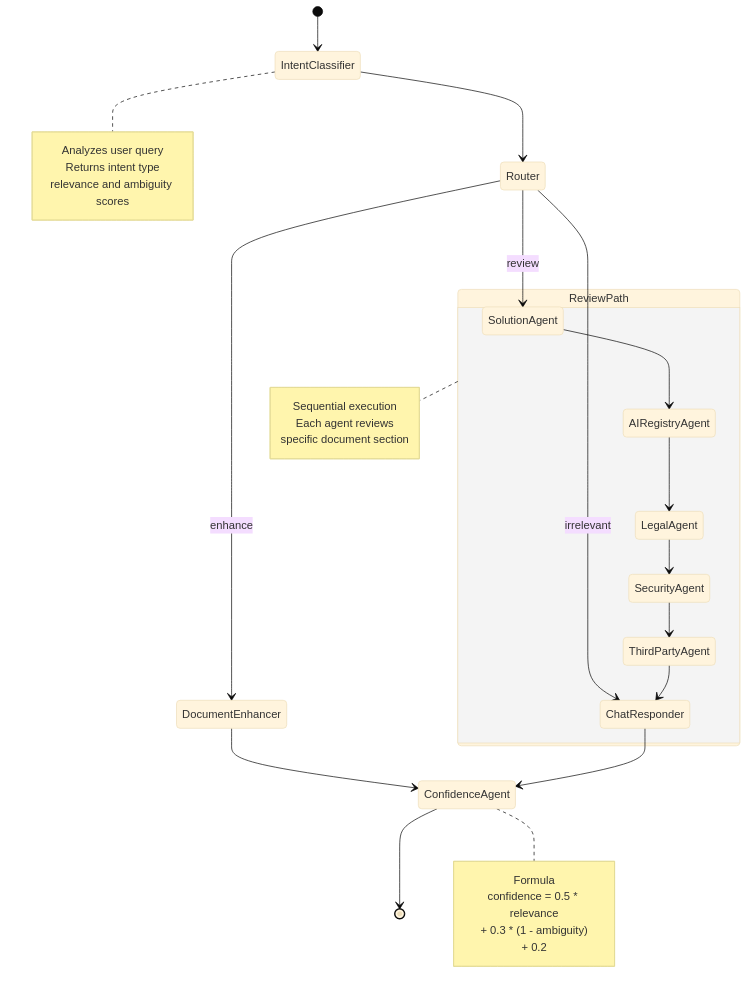
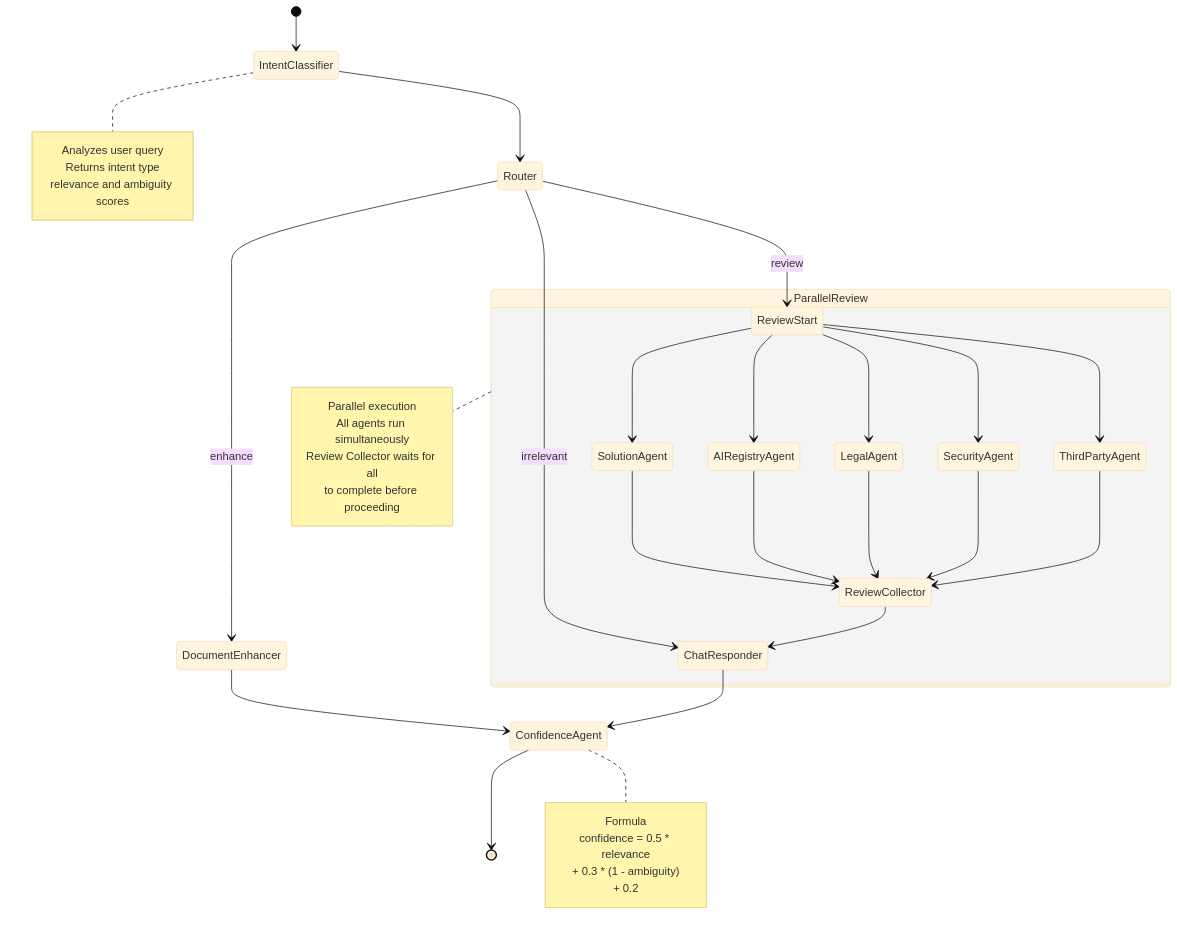
The second of 5 diagrams in AGENT_ARCHITECTURE.md (Harsha-Reddy21/multi-agent-idea-generator), drawn with Mermaid (base theme) before and after one commit. The commit also changed other lines of this file and 2 other files, not shown here.

````diff
--- a/AGENT_ARCHITECTURE.md
+++ b/AGENT_ARCHITECTURE.md
@@ -57,41 +67,50 @@
 ```mermaid
 stateDiagram-v2
     [*] --> IntentClassifier
     
     IntentClassifier --> Router
     
-    Router --> SolutionAgent: review
+    Router --> ReviewStart: review
     Router --> DocumentEnhancer: enhance
     Router --> ChatResponder: irrelevant
     
-    state ReviewPath {
-        SolutionAgent --> AIRegistryAgent
-        AIRegistryAgent --> LegalAgent
-        LegalAgent --> SecurityAgent
-        SecurityAgent --> ThirdPartyAgent
-        ThirdPartyAgent --> ChatResponder
+    state ParallelReview {
+        ReviewStart --> SolutionAgent
+        ReviewStart --> AIRegistryAgent
+        ReviewStart --> LegalAgent
+        ReviewStart --> SecurityAgent
+        ReviewStart --> ThirdPartyAgent
+        
+        SolutionAgent --> ReviewCollector
+        AIRegistryAgent --> ReviewCollector
+        LegalAgent --> ReviewCollector
+        SecurityAgent --> ReviewCollector
+        ThirdPartyAgent --> ReviewCollector
+        
+        ReviewCollector --> ChatResponder
     }
     
     DocumentEnhancer --> ConfidenceAgent
     ChatResponder --> ConfidenceAgent
     ConfidenceAgent --> [*]
     
     note right of IntentClassifier
         Analyzes user query
         Returns intent type
         relevance and ambiguity scores
     end note
     
-    note right of ReviewPath
-        Sequential execution
-        Each agent reviews
-        specific document section
+    note right of ParallelReview
+        Parallel execution
+        All agents run simultaneously
+        Review Collector waits for all
+        to complete before proceeding
     end note
     
     note right of ConfidenceAgent
         Formula
         confidence = 0.5 * relevance
         + 0.3 * (1 - ambiguity)
         + 0.2
     end note
 ```
````
